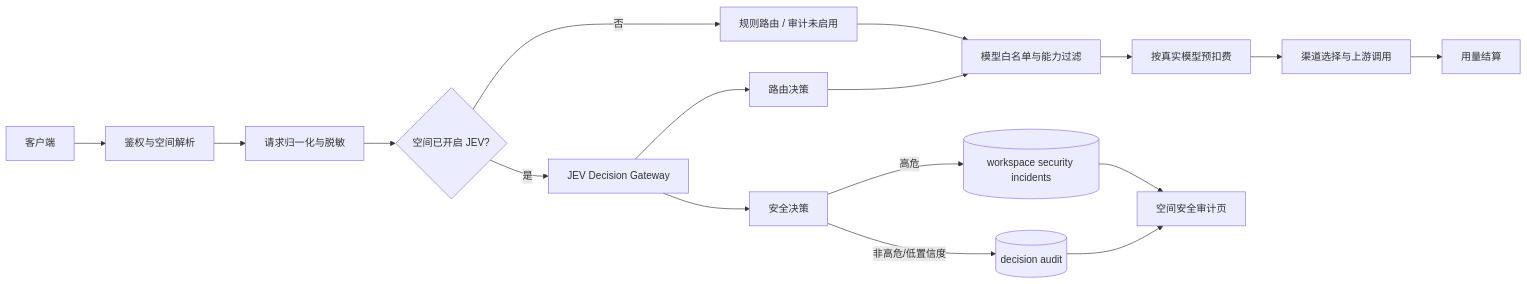
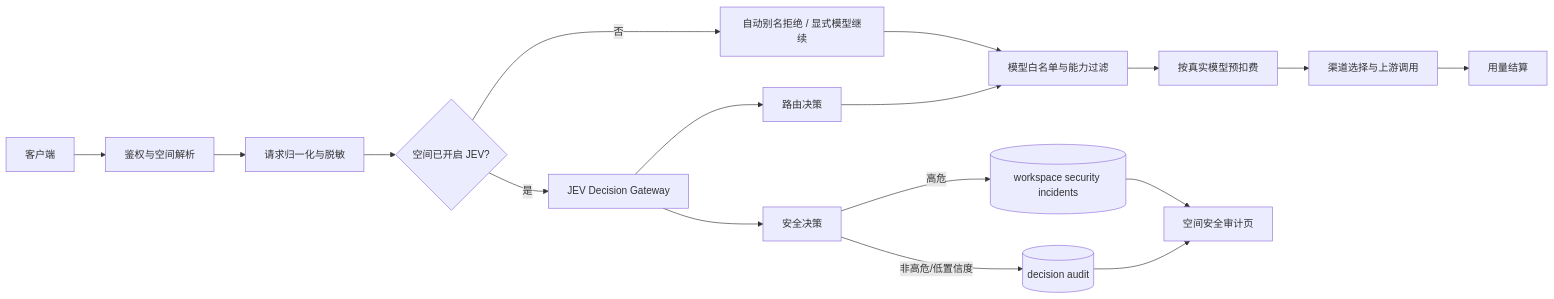
Before and after one commit to tans/capi: the diagram in docs/architecture/JEV-ROUTING-SECURITY.md, drawn with Mermaid. The commit also changed other lines of this file and 5 other files, not shown here.

````diff
--- a/docs/architecture/JEV-ROUTING-SECURITY.md
+++ b/docs/architecture/JEV-ROUTING-SECURITY.md
@@ -72,19 +72,19 @@
 ```mermaid
 flowchart LR
   C[客户端] --> A[鉴权与空间解析]
   A --> N[请求归一化与脱敏]
   N --> E{空间已开启 JEV?}
   E -->|是| J[JEV Decision Gateway]
-  E -->|否| F[规则路由 / 审计未启用]
+  E -->|否| F[自动别名拒绝 / 显式模型继续]
   J --> R[路由决策]
   J --> S[安全决策]
   F --> G[模型白名单与能力过滤]
   R --> G[模型白名单与能力过滤]
   G --> B[按真实模型预扣费]
   B --> P[渠道选择与上游调用]
   P --> U[用量结算]
   S -->|高危| I[(workspace security incidents)]
   S -->|非高危/低置信度| L[(decision audit)]
   I --> V[空间安全审计页]
   L --> V
 ```
````
